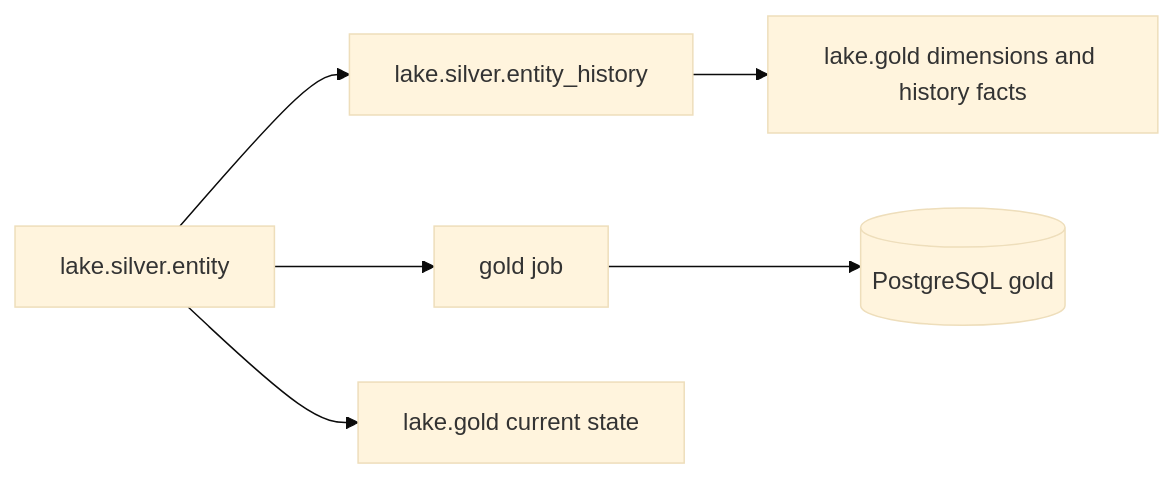
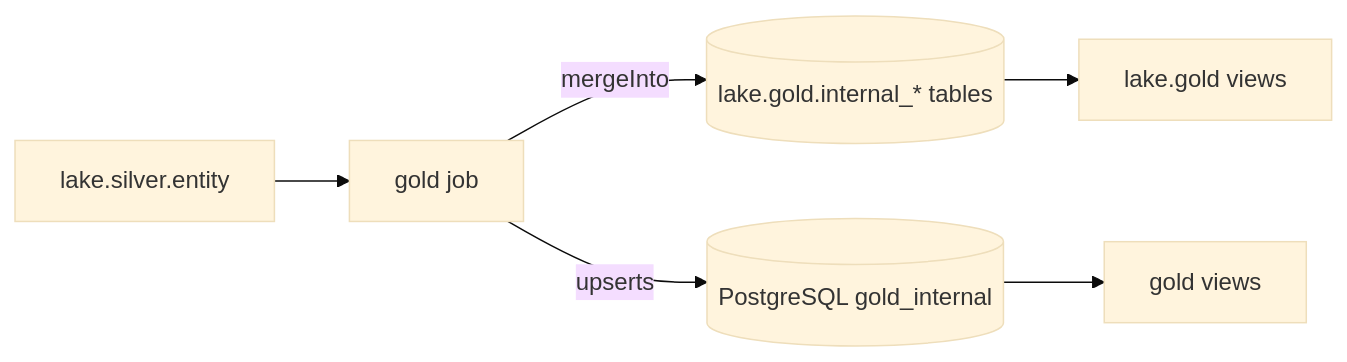
The fourth of 4 diagrams in docs/lakehouse/gold/writer.md (jonathan5p/deel-home-task), drawn with Mermaid (base theme) before and after one commit. The commit also changed other lines of this file and 5 other files, not shown here.

Commit message:
docs(gold): describe gold built by Spark on Iceberg with PostgreSQL as serving copy

````diff
--- a/docs/lakehouse/gold/writer.md
+++ b/docs/lakehouse/gold/writer.md
@@ -157,7 +197,8 @@
 ```mermaid
 flowchart LR
-    S[lake.silver.entity] --> H[lake.silver.entity_history]
-    S --> J[gold job] --> P[(PostgreSQL gold)]
-    H --> D[lake.gold dimensions and history facts]
-    S --> C[lake.gold current state]
+    S[lake.silver.entity] --> J[gold job]
+    J -- mergeInto --> T[(lake.gold.internal_* tables)]
+    J -- upserts --> P[(PostgreSQL gold_internal)]
+    T --> V[lake.gold views]
+    P --> G[gold views]
 ```
````
